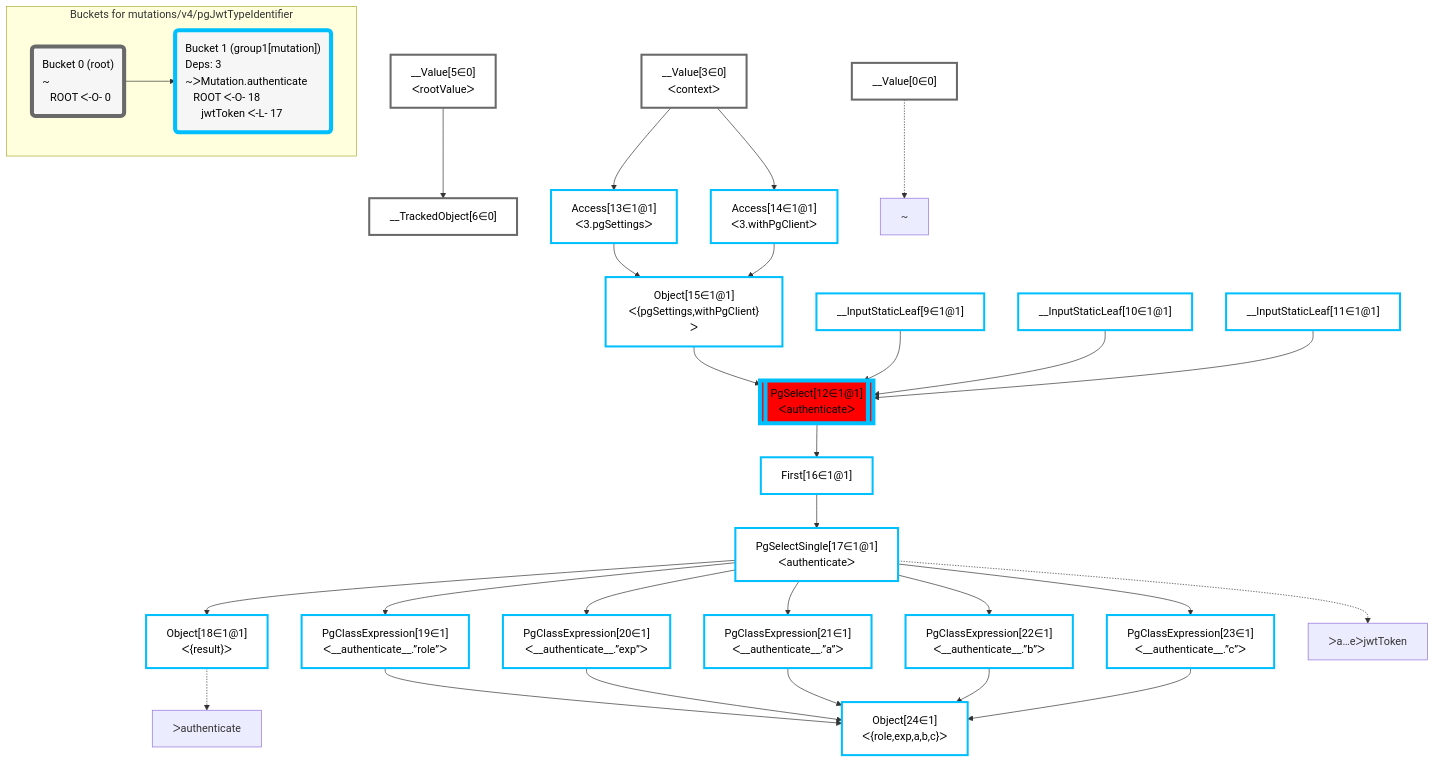
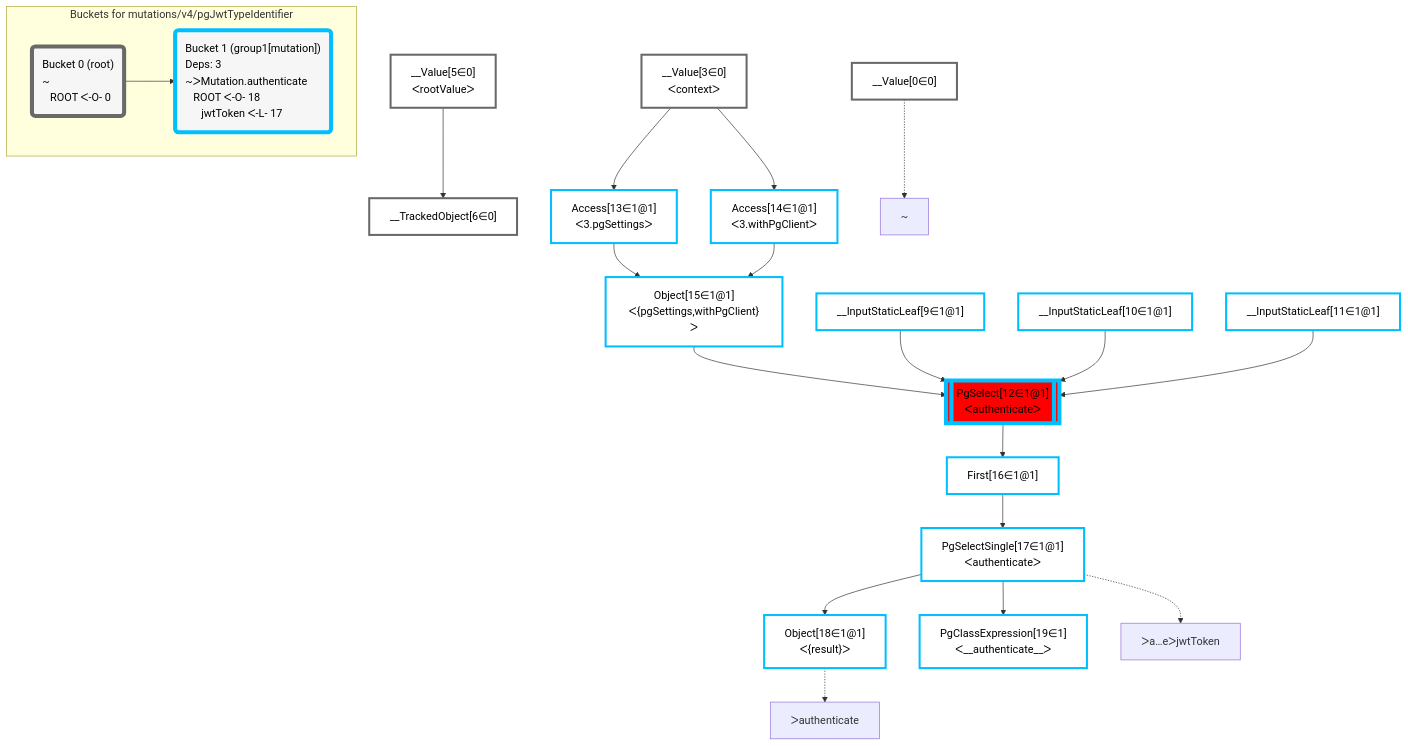
Before and after one commit to graphile/crystal: the diagram in packages/postgraphile/__tests__/mutations/v4/pgJwtTypeIdentifier.mermaid, drawn with Mermaid. The commit also changed 1 other file, not shown here.

```diff
--- a/packages/postgraphile/__tests__/mutations/v4/pgJwtTypeIdentifier.mermaid
+++ b/packages/postgraphile/__tests__/mutations/v4/pgJwtTypeIdentifier.mermaid
@@ -1,63 +1,53 @@
 graph TD
     classDef path fill:#eee,stroke:#000,color:#000
     classDef plan fill:#fff,stroke-width:3px,color:#000
     classDef itemplan fill:#fff,stroke-width:6px,color:#000
     classDef sideeffectplan fill:#f00,stroke-width:6px,color:#000
     classDef bucket fill:#f6f6f6,color:#000,stroke-width:6px,text-align:left
 
 
     %% define plans
     __Value0["__Value[0∈0]"]:::plan
     __Value3["__Value[3∈0]<br />ᐸcontextᐳ"]:::plan
     __Value5["__Value[5∈0]<br />ᐸrootValueᐳ"]:::plan
     __TrackedObject6["__TrackedObject[6∈0]"]:::plan
     __InputStaticLeaf9["__InputStaticLeaf[9∈1@1]"]:::plan
     __InputStaticLeaf10["__InputStaticLeaf[10∈1@1]"]:::plan
     __InputStaticLeaf11["__InputStaticLeaf[11∈1@1]"]:::plan
     Access13["Access[13∈1@1]<br />ᐸ3.pgSettingsᐳ"]:::plan
     Access14["Access[14∈1@1]<br />ᐸ3.withPgClientᐳ"]:::plan
     Object15["Object[15∈1@1]<br />ᐸ{pgSettings,withPgClient}ᐳ"]:::plan
     PgSelect12[["PgSelect[12∈1@1]<br />ᐸauthenticateᐳ"]]:::sideeffectplan
     First16["First[16∈1@1]"]:::plan
     PgSelectSingle17["PgSelectSingle[17∈1@1]<br />ᐸauthenticateᐳ"]:::plan
     Object18["Object[18∈1@1]<br />ᐸ{result}ᐳ"]:::plan
-    PgClassExpression19["PgClassExpression[19∈1]<br />ᐸ__authenticate__.”role”ᐳ"]:::plan
-    PgClassExpression20["PgClassExpression[20∈1]<br />ᐸ__authenticate__.”exp”ᐳ"]:::plan
-    PgClassExpression21["PgClassExpression[21∈1]<br />ᐸ__authenticate__.”a”ᐳ"]:::plan
-    PgClassExpression22["PgClassExpression[22∈1]<br />ᐸ__authenticate__.”b”ᐳ"]:::plan
-    PgClassExpression23["PgClassExpression[23∈1]<br />ᐸ__authenticate__.”c”ᐳ"]:::plan
-    Object24["Object[24∈1]<br />ᐸ{role,exp,a,b,c}ᐳ"]:::plan
+    PgClassExpression19["PgClassExpression[19∈1]<br />ᐸ__authenticate__ᐳ"]:::plan
 
     %% plan dependencies
     __Value5 --> __TrackedObject6
     __Value3 --> Access13
     __Value3 --> Access14
     Access13 & Access14 --> Object15
     Object15 & __InputStaticLeaf9 & __InputStaticLeaf10 & __InputStaticLeaf11 --> PgSelect12
     PgSelect12 --> First16
     First16 --> PgSelectSingle17
     PgSelectSingle17 --> Object18
     PgSelectSingle17 --> PgClassExpression19
-    PgSelectSingle17 --> PgClassExpression20
-    PgSelectSingle17 --> PgClassExpression21
-    PgSelectSingle17 --> PgClassExpression22
-    PgSelectSingle17 --> PgClassExpression23
-    PgClassExpression19 & PgClassExpression20 & PgClassExpression21 & PgClassExpression22 & PgClassExpression23 --> Object24
 
     %% plan-to-path relationships
     P0["~"]
     __Value0 -.-> P0
     P17["ᐳa…eᐳjwtToken"]
     PgSelectSingle17 -.-> P17
     P18["ᐳauthenticate"]
     Object18 -.-> P18
 
     subgraph "Buckets for mutations/v4/pgJwtTypeIdentifier"
     Bucket0("Bucket 0 (root)<br />~<br />⠀ROOT ᐸ-O- 0"):::bucket
     classDef bucket0 stroke:#696969
     class Bucket0,__Value0,__Value3,__Value5,__TrackedObject6 bucket0
     Bucket1("Bucket 1 (group1[mutation])<br />Deps: 3<br />~ᐳMutation.authenticate<br />⠀ROOT ᐸ-O- 18<br />⠀⠀jwtToken ᐸ-L- 17"):::bucket
     classDef bucket1 stroke:#00bfff
-    class Bucket1,__InputStaticLeaf9,__InputStaticLeaf10,__InputStaticLeaf11,PgSelect12,Access13,Access14,Object15,First16,PgSelectSingle17,Object18,PgClassExpression19,PgClassExpression20,PgClassExpression21,PgClassExpression22,PgClassExpression23,Object24 bucket1
+    class Bucket1,__InputStaticLeaf9,__InputStaticLeaf10,__InputStaticLeaf11,PgSelect12,Access13,Access14,Object15,First16,PgSelectSingle17,Object18,PgClassExpression19 bucket1
     Bucket0 --> Bucket1
     end
```
